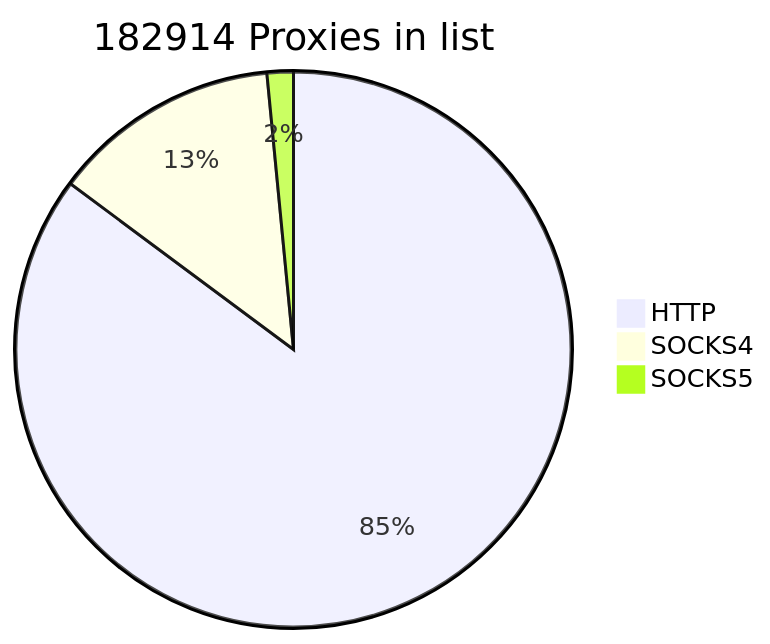
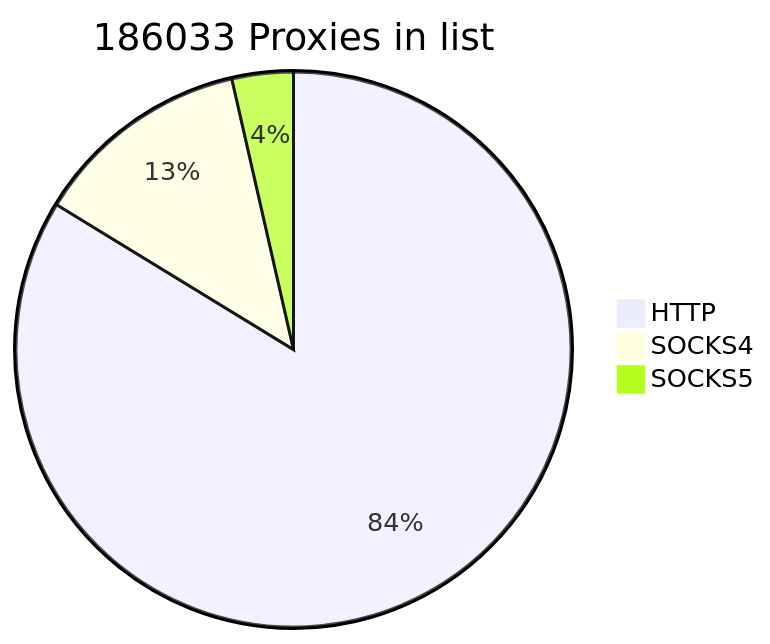
One commit to cutipu/proxylist changed the first of 2 diagrams in README.md. Above: the diagram before and after it, drawn with Mermaid. The commit also changed other lines of this file, not shown here.

````diff
--- a/README.md
+++ b/README.md
@@ -2,7 +2,7 @@
 ```mermaid
-pie title 182914 Proxies in list
-    "HTTP" : 155798
-    "SOCKS4" : 24317
-    "SOCKS5" : 2799
+pie title 186033 Proxies in list
+    "HTTP" : 155775
+    "SOCKS4" : 23621
+    "SOCKS5" : 6637
             
 ```
````
